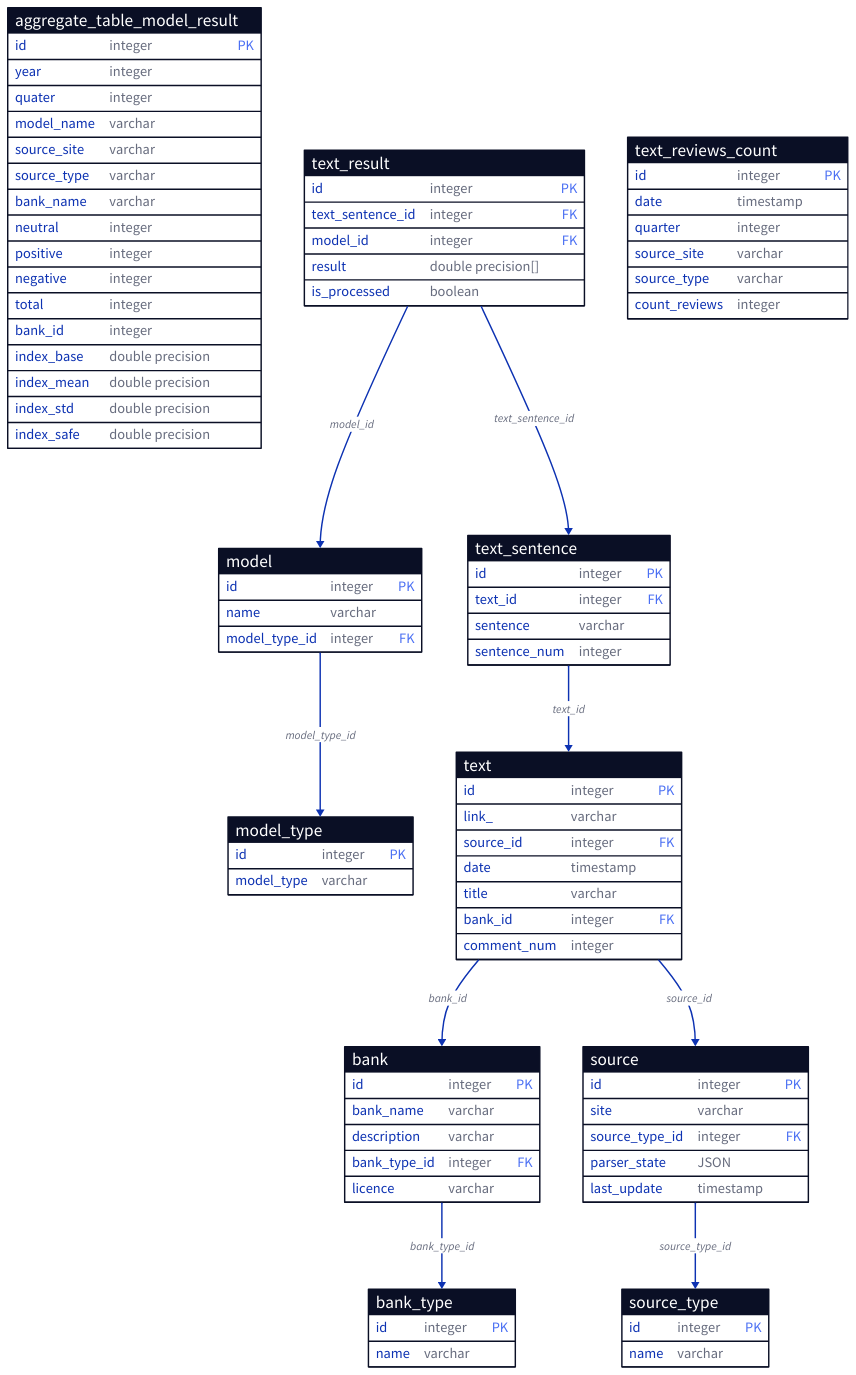
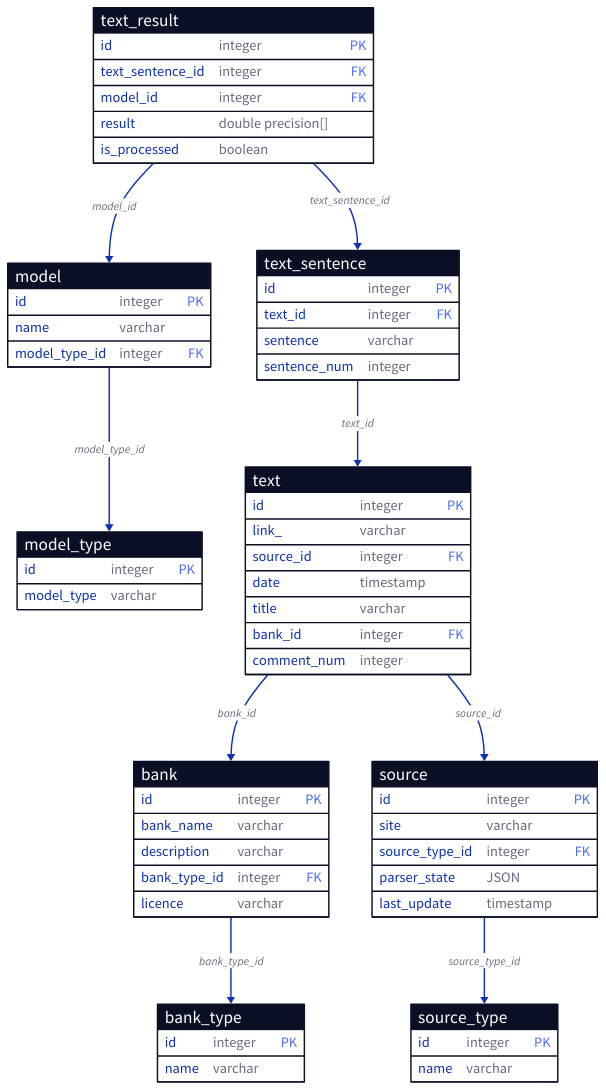
Before and after one commit to dudin-george/ESG_analysis: the second of 7 diagrams in docs/vkr.org, drawn with D2. The commit also changed other lines of this file and 7 other files, not shown here.

```diff
--- a/docs/vkr.org
+++ b/docs/vkr.org
@@ -366,33 +446,4 @@
 #+begin_src d2 :exports results :file img/d2/database.png
-aggregate_table_model_result: {
-  shape: sql_table
-
-  id: integer {constraint: primary_key}
-  year: integer
-  quater: integer
-  model_name: varchar
-  source_site: varchar
-  source_type: varchar
-  bank_name: varchar
-  neutral: integer
-  positive: integer
-  negative: integer
-  total: integer
-  bank_id: integer
-  index_base: double precision
-  index_mean: double precision
-  index_std: double precision
-  index_safe: double precision
-  # index_base_10_percentile: double precision
-  # index_base_90_percentile: double precision
-  # index_mean_10_percentile: double precision
-  # index_mean_90_percentile: double precision
-  # index_std_10_percentile: double precision
-  # index_std_90_percentile: double precision
-  # index_safe_10_percentile: double precision
-  # index_safe_90_percentile: double precision
-}
-
 bank: {
   shape: sql_table
 
@@ -457,16 +508,7 @@
   result: double precision\[\]
   is_processed: boolean
 }
-text_reviews_count: {
-  shape: sql_table
 
-  id: integer {constraint: primary_key}
-  date: timestamp
-  quarter: integer
-  source_site: varchar
-  source_type: varchar
-  count_reviews: integer
-}
 text_sentence: {
   shape: sql_table
 
```
